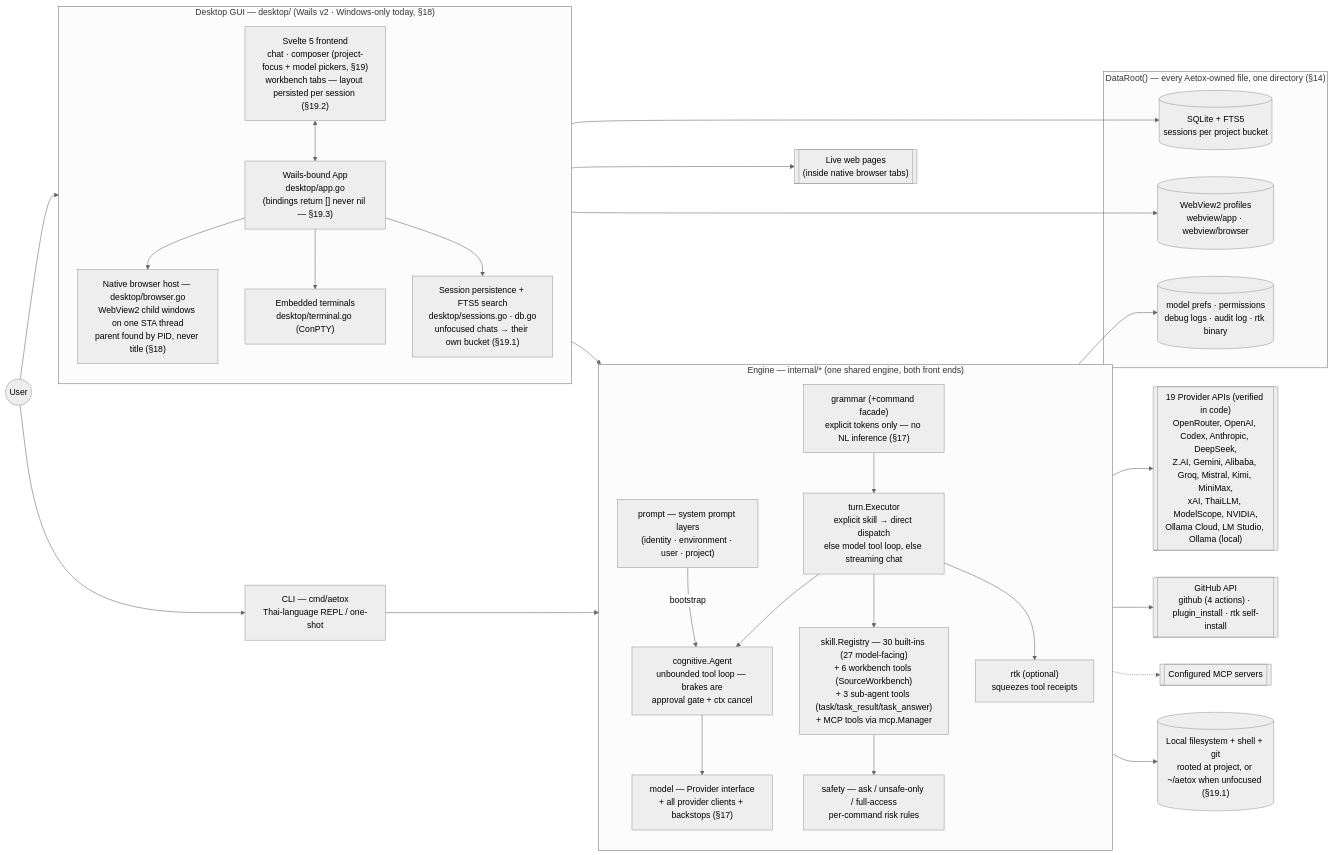
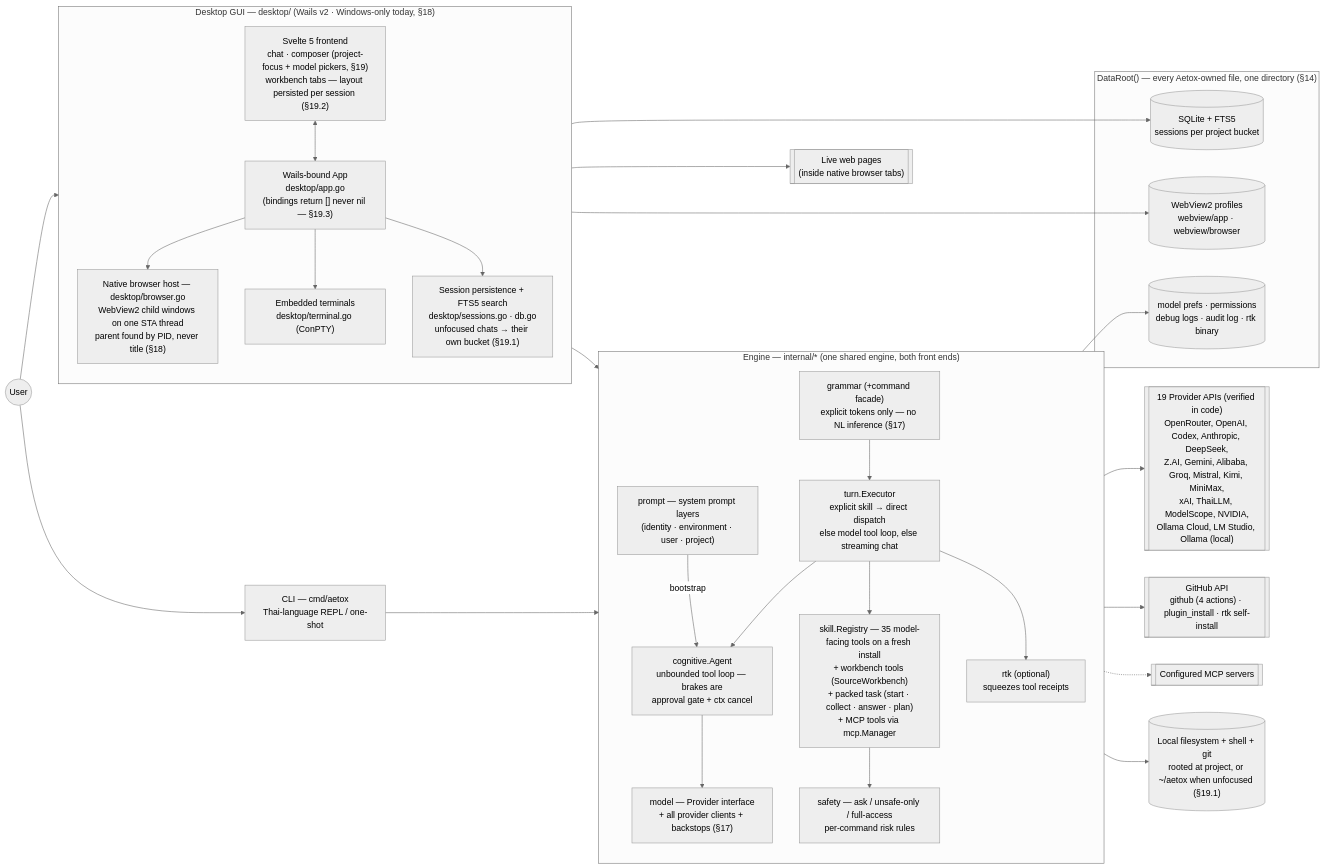
Before and after one commit to Mike0165115321/Aetox: the first of 3 diagrams in ARCHITECTURE.md, drawn with Mermaid (neutral theme). The commit also changed 9 other files, not shown here.

````diff
--- a/ARCHITECTURE.md
+++ b/ARCHITECTURE.md
@@ -91,64 +91,64 @@
 ```mermaid
 flowchart LR
     User(("User"))
     CLI["CLI — cmd/aetox\nThai-language REPL / one-shot"]
 
     subgraph DesktopApp["Desktop GUI — desktop/ (Wails v2 · Windows-only today, §18)"]
         direction TB
         FE["Svelte 5 frontend\nchat · composer (project-focus + model pickers, §19)\nworkbench tabs — layout persisted per session (§19.2)"]
         Bindings["Wails-bound App\ndesktop/app.go\n(bindings return [] never nil — §19.3)"]
         BrowserHost["Native browser host — desktop/browser.go\nWebView2 child windows on one STA thread\nparent found by PID, never title (§18)"]
         Term["Embedded terminals\ndesktop/terminal.go (ConPTY)"]
         Sessions["Session persistence + FTS5 search\ndesktop/sessions.go · db.go\nunfocused chats → their own bucket (§19.1)"]
         FE <--> Bindings
         Bindings --> BrowserHost
         Bindings --> Term
         Bindings --> Sessions
     end
 
     subgraph Engine["Engine — internal/* (one shared engine, both front ends)"]
         direction TB
         Grammar["grammar (+command facade)\nexplicit tokens only — no NL inference (§17)"]
         Turn["turn.Executor\nexplicit skill → direct dispatch\nelse model tool loop, else streaming chat"]
         Cog["cognitive.Agent\nunbounded tool loop — brakes are\napproval gate + ctx cancel"]
-        Skills["skill.Registry — 30 built-ins (27 model-facing)\n+ 6 workbench tools (SourceWorkbench)\n+ 3 sub-agent tools (task/task_result/task_answer)\n+ MCP tools via mcp.Manager"]
+        Skills["skill.Registry — 35 model-facing tools on a fresh install\n+ workbench tools (SourceWorkbench)\n+ packed task (start · collect · answer · plan)\n+ MCP tools via mcp.Manager"]
         Safety["safety — ask / unsafe-only / full-access\nper-command risk rules"]
         Prompt["prompt — system prompt layers\n(identity · environment · user · project)"]
         RTK["rtk (optional)\nsqueezes tool receipts"]
         Model["model — Provider interface\n+ all provider clients + backstops (§17)"]
         Grammar --> Turn
         Turn --> Cog
         Cog --> Model
         Turn --> Skills
         Skills --> Safety
         Turn --> RTK
         Prompt -->|bootstrap| Cog
     end
 
     User --> FE
     User --> CLI
     CLI --> Engine
     Bindings --> Engine
 
     Providers[["19 Provider APIs (verified in code)\nOpenRouter, OpenAI, Codex, Anthropic, DeepSeek,\nZ.AI, Gemini, Alibaba, Groq, Mistral, Kimi, MiniMax,\nxAI, ThaiLLM, ModelScope, NVIDIA,\nOllama Cloud, LM Studio, Ollama (local)"]]
     GH[["GitHub API\ngithub (4 actions) · plugin_install · rtk self-install"]]
     MCPExt[["Configured MCP servers"]]
     Web[["Live web pages\n(inside native browser tabs)"]]
     FS[("Local filesystem + shell + git\nrooted at project, or ~/aetox when unfocused (§19.1)")]
 
     Model --> Providers
     Skills --> GH
     Skills --> FS
     Skills -.-> MCPExt
     BrowserHost --> Web
 
     subgraph Data["DataRoot() — every Aetox-owned file, one directory (§14)"]
         DB[("SQLite + FTS5\nsessions per project bucket")]
         Profiles[("WebView2 profiles\nwebview/app · webview/browser")]
         Misc[("model prefs · permissions\ndebug logs · audit log · rtk binary")]
     end
 
     Sessions --> DB
     BrowserHost --> Profiles
     Engine --> Misc
 ```
````
